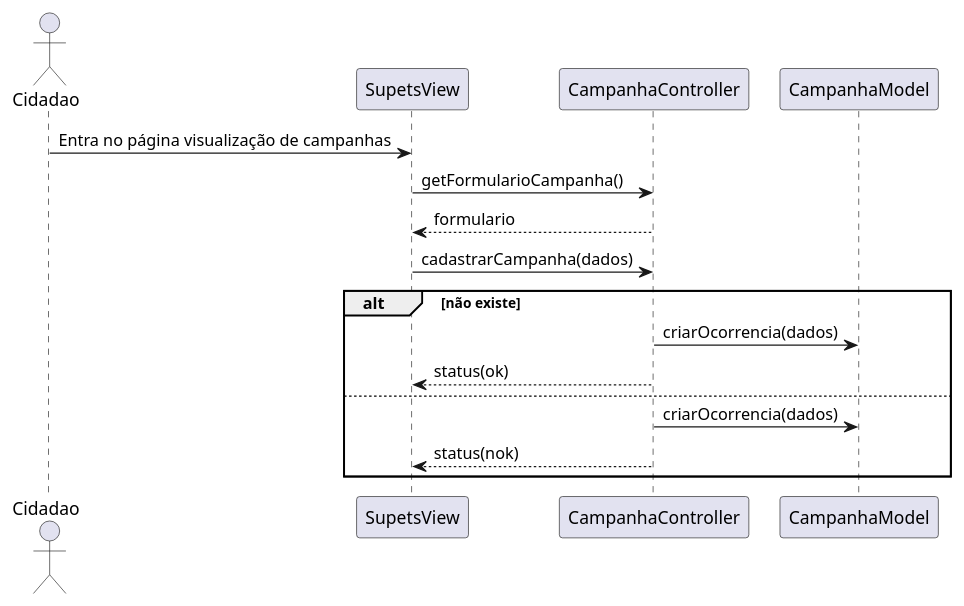
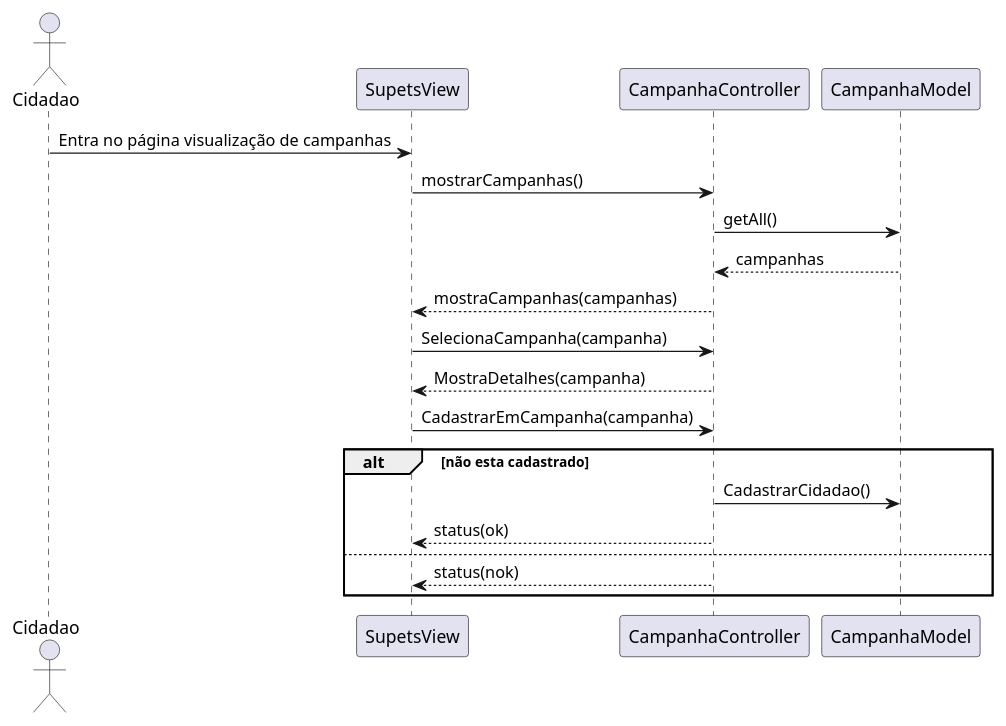
Before and after one commit to CarlosDinizz/proj-lab-eng-software: the third of 3 diagrams in modelagem/diagrama_sequencia.md, drawn with PlantUML.

````diff
--- a/modelagem/diagrama_sequencia.md
+++ b/modelagem/diagrama_sequencia.md
@@ -51,20 +51,24 @@
 ```plantuml
 @startuml
 skinparam Shadowing false
 
 actor Cidadao 
 
 Cidadao -> SupetsView: Entra no página visualização de campanhas
-SupetsView -> CampanhaController: getFormularioCampanha()
-CampanhaController --> SupetsView: formulario
-SupetsView -> CampanhaController: cadastrarCampanha(dados)
-
-alt não existe
-CampanhaController -> CampanhaModel: criarOcorrencia(dados)
+SupetsView -> CampanhaController: mostrarCampanhas()
+CampanhaController -> CampanhaModel: getAll()
+CampanhaModel --> CampanhaController: campanhas
+CampanhaController --> SupetsView: mostraCampanhas(campanhas)
+SupetsView -> CampanhaController: SelecionaCampanha(campanha)
+CampanhaController --> SupetsView: MostraDetalhes(campanha)
+SupetsView -> CampanhaController: CadastrarEmCampanha(campanha)
+alt não esta cadastrado
+CampanhaController -> CampanhaModel: CadastrarCidadao()
 CampanhaController --> SupetsView: status(ok)
 else
-CampanhaController -> CampanhaModel: criarOcorrencia(dados)
 CampanhaController --> SupetsView: status(nok)
 end
+
 @enduml
+
 ```
````
